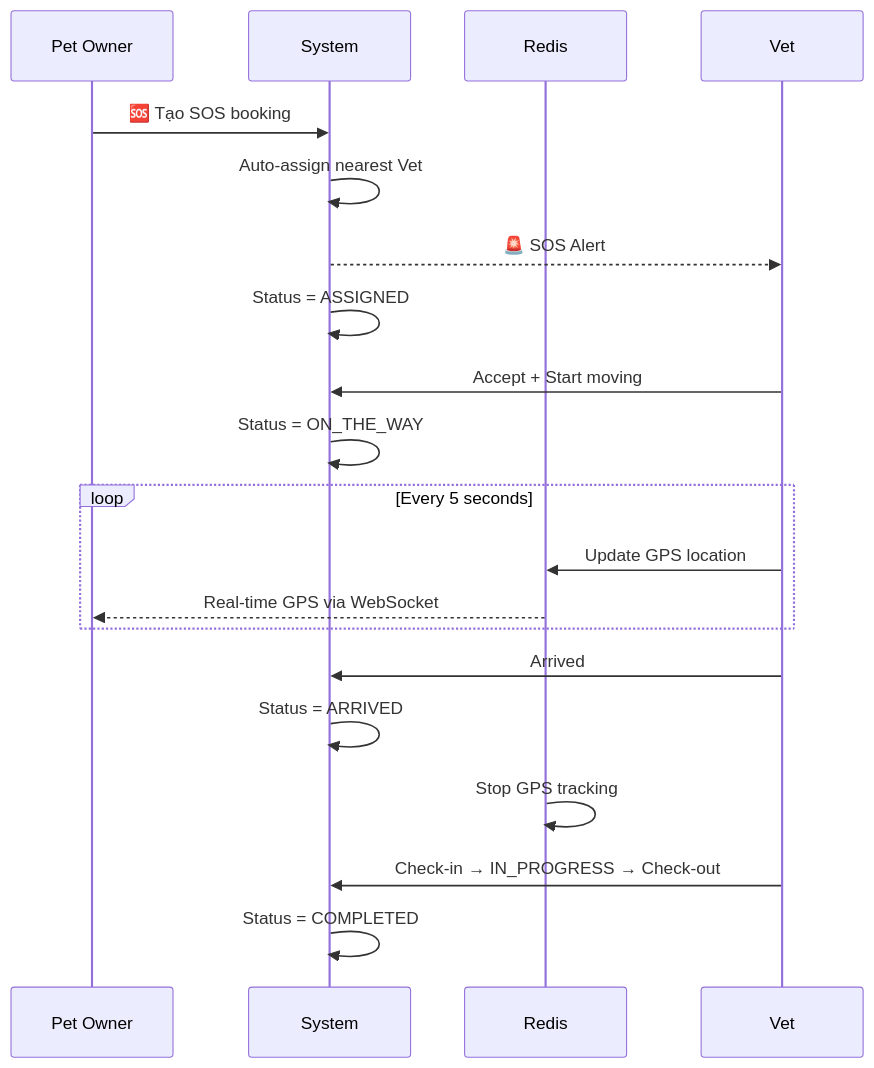
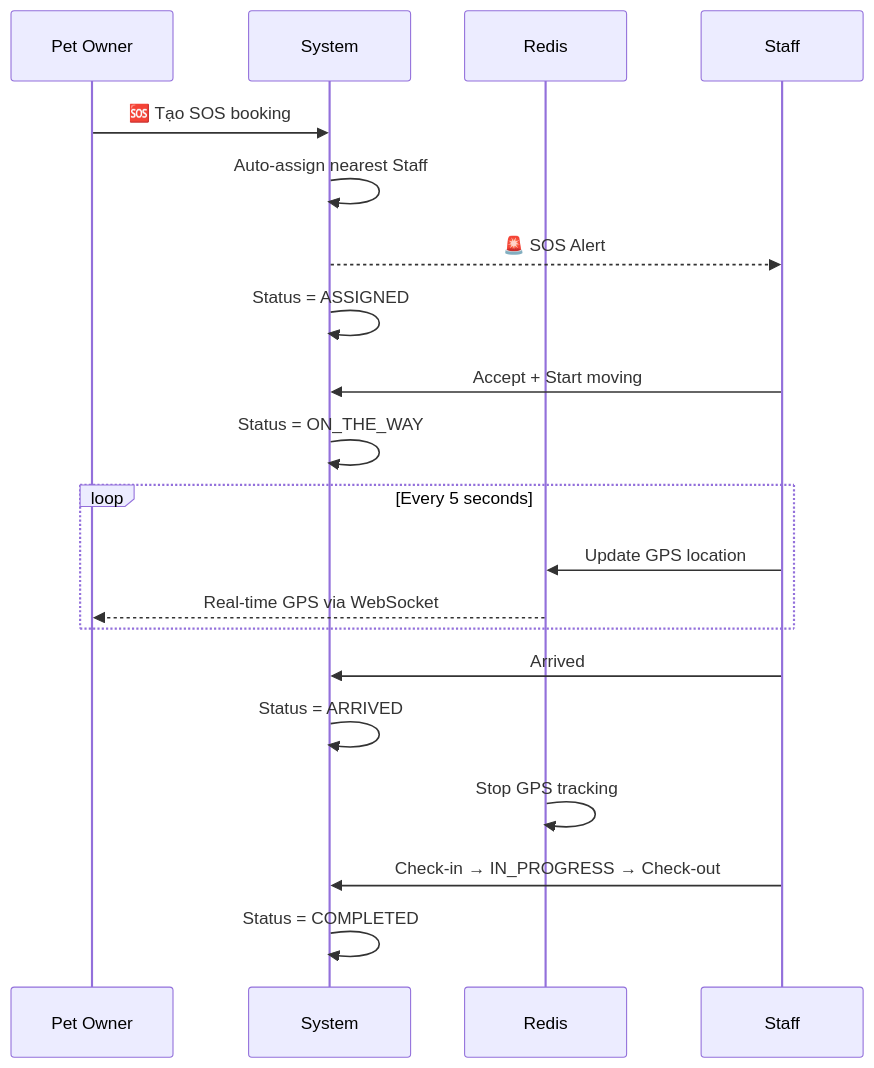
One commit to espresso23/Petties-Veterinary-Appointment-Booking-Platform changed the fourth of 5 diagrams in docs-references/documentation/BOOKING_WORKFLOW.md. Above: the diagram before and after it, drawn with Mermaid. The commit also changed other lines of this file and 204 other files, not shown here.

First line of the commit message:
refactor(all): complete vet→staff naming migration across codebase

````diff
--- a/docs-references/documentation/BOOKING_WORKFLOW.md
+++ b/docs-references/documentation/BOOKING_WORKFLOW.md
@@ -160,27 +160,27 @@
 ```mermaid
 sequenceDiagram
     participant PO as Pet Owner
     participant S as System
     participant R as Redis
-    participant V as Vet
+    participant V as Staff
 
     PO->>S: 🆘 Tạo SOS booking
-    S->>S: Auto-assign nearest Vet
+    S->>S: Auto-assign nearest Staff
     S-->>V: 🚨 SOS Alert
     S->>S: Status = ASSIGNED
 
     V->>S: Accept + Start moving
     S->>S: Status = ON_THE_WAY
 
     loop Every 5 seconds
         V->>R: Update GPS location
         R-->>PO: Real-time GPS via WebSocket
     end
 
     V->>S: Arrived
     S->>S: Status = ARRIVED
     R->>R: Stop GPS tracking
 
     V->>S: Check-in → IN_PROGRESS → Check-out
     S->>S: Status = COMPLETED
 ```
````
